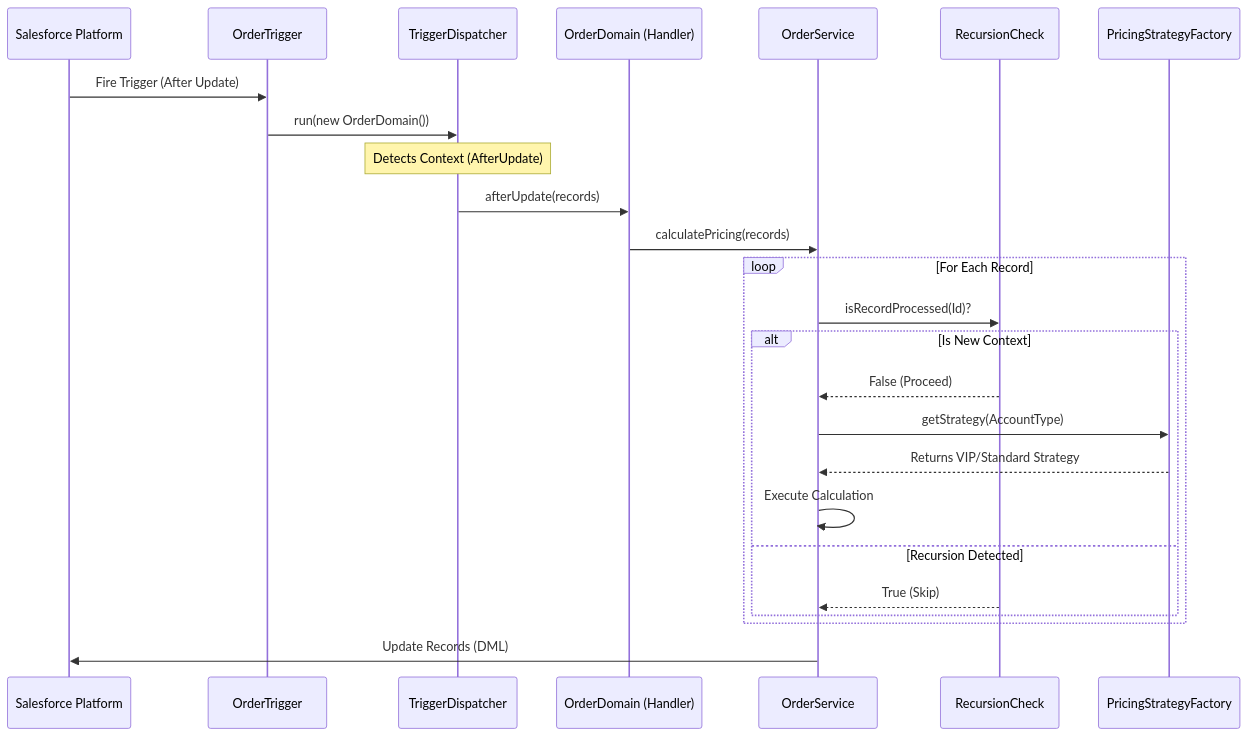
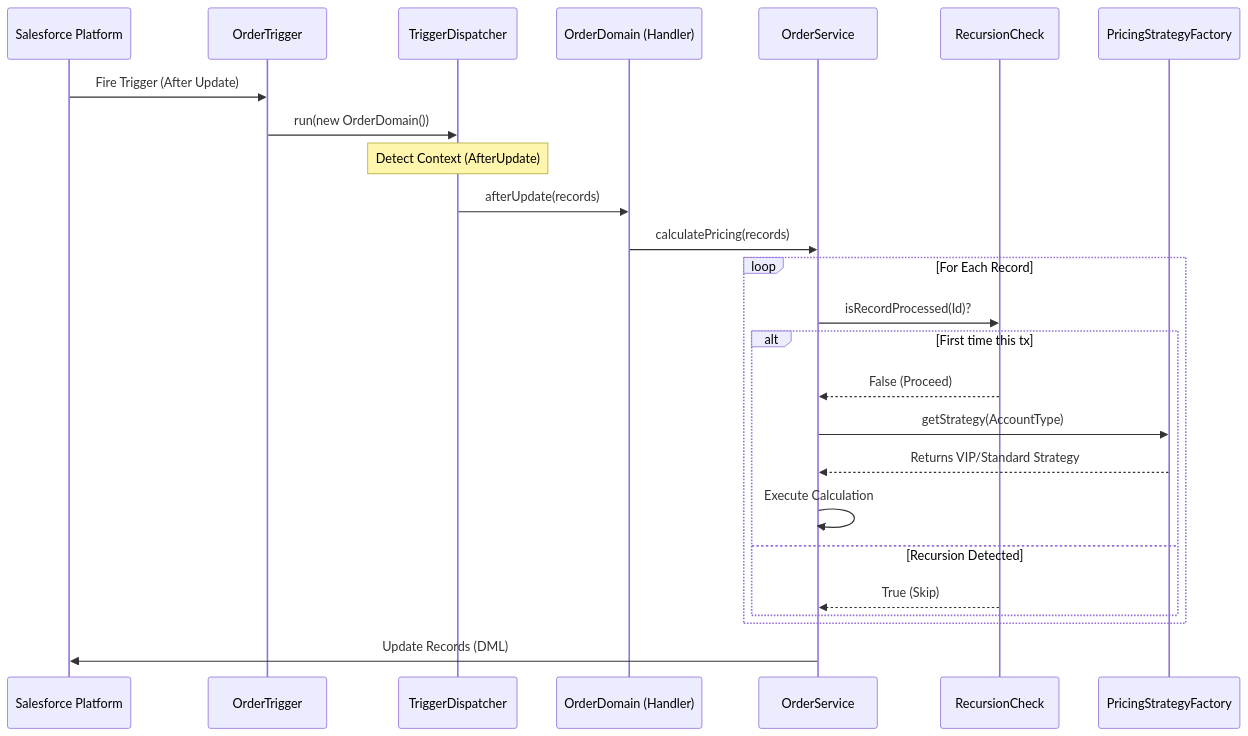
Before and after one commit to k4zludk3/sfdc-enterprise-om: the diagram in README.md, drawn with Mermaid. The commit also changed other lines of this file and 3 other files, not shown here.

`````diff
--- a/README.md
+++ b/README.md
@@ -23,30 +27,30 @@
 ```mermaid
 sequenceDiagram
     participant SF as Salesforce Platform
     participant Trig as OrderTrigger
     participant Disp as TriggerDispatcher
     participant Dom as OrderDomain (Handler)
     participant Svc as OrderService
     participant Rec as RecursionCheck
     participant Factory as PricingStrategyFactory
 
     SF->>Trig: Fire Trigger (After Update)
     Trig->>Disp: run(new OrderDomain())
-    Note over Disp: Detects Context (AfterUpdate)
+    Note over Disp: Detect Context (AfterUpdate)
     Disp->>Dom: afterUpdate(records)
     Dom->>Svc: calculatePricing(records)
     
     loop For Each Record
         Svc->>Rec: isRecordProcessed(Id)?
-        alt Is New Context
+        alt First time this tx
             Rec-->>Svc: False (Proceed)
             Svc->>Factory: getStrategy(AccountType)
             Factory-->>Svc: Returns VIP/Standard Strategy
             Svc->>Svc: Execute Calculation
         else Recursion Detected
             Rec-->>Svc: True (Skip)
         end
     end
     
     Svc->>SF: Update Records (DML)
-````
+```
`````
